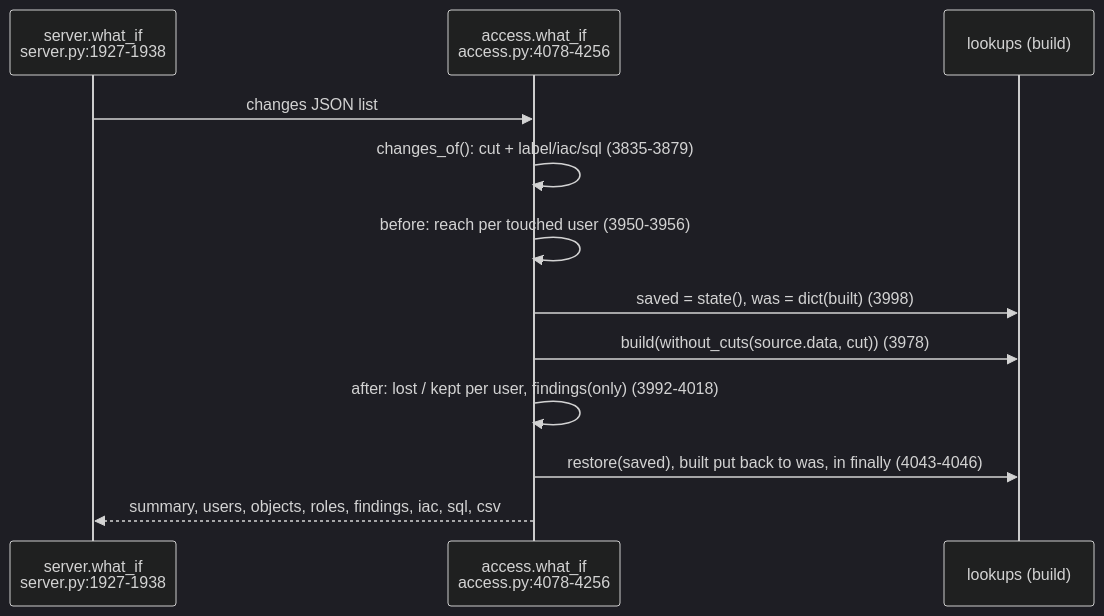
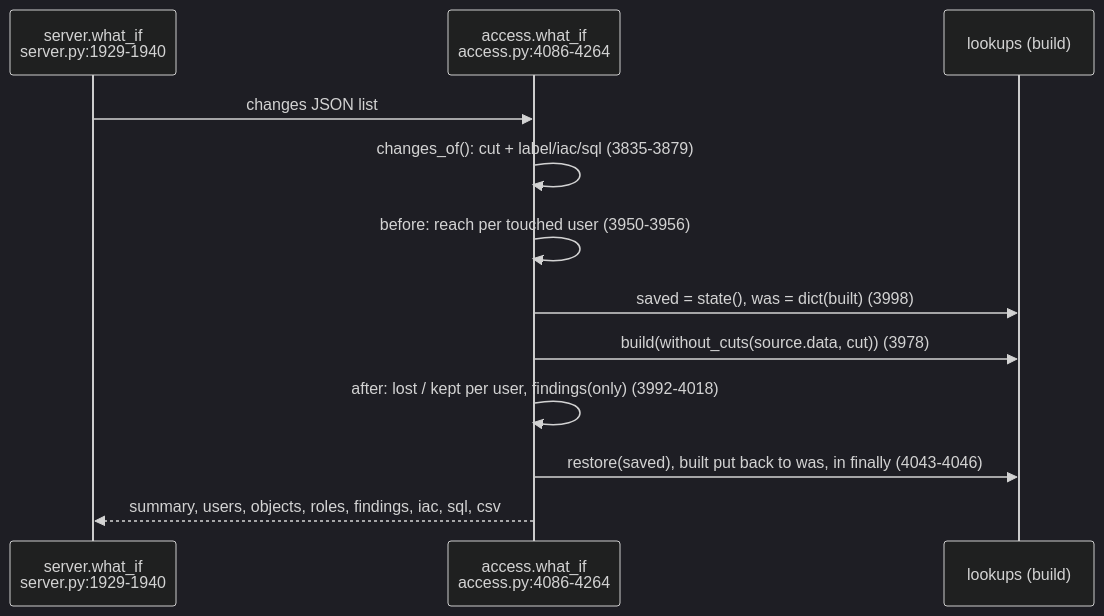
One commit to darshanmeel/snowflake-access-explorer changed the diagram in snowflake-access-explorer-knowledge-graph/logic/what-if.md. Above: the diagram before and after it, drawn with Mermaid (dark theme). The commit also changed other lines of this file and 73 other files, not shown here.

Commit message:
Knowledge graph: review fixes (escaped SQL names, CSV head rows, own queries out in Snowflake, UTC window, snapshot re-read, answer cache, docs)

````diff
--- a/snowflake-access-explorer-knowledge-graph/logic/what-if.md
+++ b/snowflake-access-explorer-knowledge-graph/logic/what-if.md
@@ -6,14 +6,14 @@
 ```mermaid
 sequenceDiagram
-  participant S as server.what_if<br/>server.py:1927-1938
-  participant W as access.what_if<br/>access.py:4078-4256
+  participant S as server.what_if<br/>server.py:1929-1940
+  participant W as access.what_if<br/>access.py:4086-4264
   participant L as lookups (build)
   S->>W: changes JSON list
   W->>W: changes_of(): cut + label/iac/sql (3835-3879)
   W->>W: before: reach per touched user (3950-3956)
   W->>L: saved = state(), was = dict(built) (3998)
   W->>L: build(without_cuts(source.data, cut)) (3978)
   W->>W: after: lost / kept per user, findings(only) (3992-4018)
   W->>L: restore(saved), built put back to was, in finally (4043-4046)
   W-->>S: summary, users, objects, roles, findings, iac, sql, csv
 ```
````
